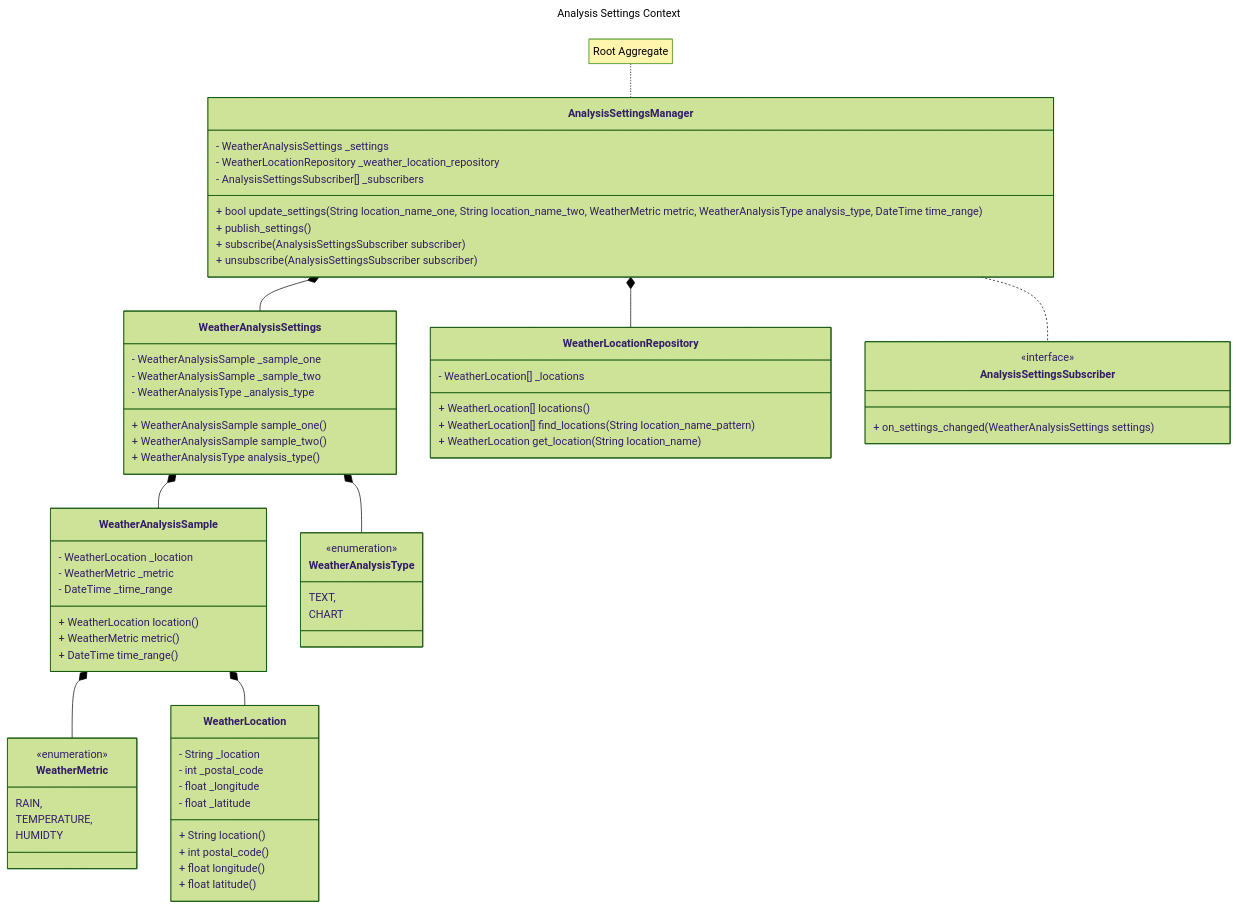
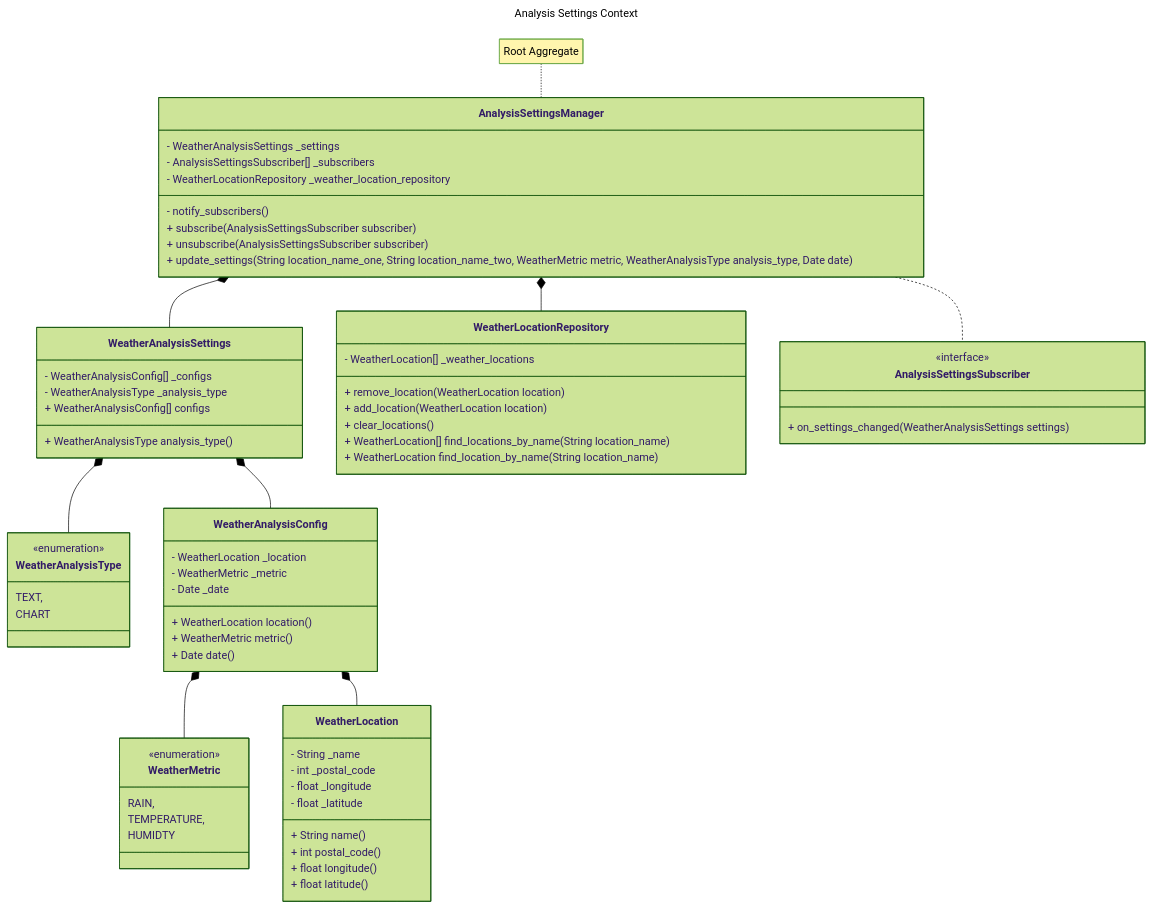
One commit to yhutter-dv/fhgr-tweather changed the first of 5 diagrams in doc/architecture.md. Above: the diagram before and after it, drawn with Mermaid (forest theme). The commit also changed other lines of this file and 5 other files, not shown here.

Commit message:
Update class diagram

````diff
--- a/doc/architecture.md
+++ b/doc/architecture.md
@@ -14,79 +14,79 @@
 ```mermaid
 ---
 title: Analysis Settings Context
 ---
 classDiagram
 
     AnalysisSettingsManager *-- WeatherAnalysisSettings
     AnalysisSettingsManager *-- WeatherLocationRepository
     AnalysisSettingsManager .. AnalysisSettingsSubscriber
-    WeatherAnalysisSettings *-- WeatherAnalysisSample
     WeatherAnalysisSettings *-- WeatherAnalysisType
-    WeatherAnalysisSample *-- WeatherMetric
-    WeatherAnalysisSample *-- WeatherLocation
+    WeatherAnalysisSettings *-- WeatherAnalysisConfig
+    WeatherAnalysisConfig *-- WeatherMetric
+    WeatherAnalysisConfig *-- WeatherLocation
 
     class AnalysisSettingsSubscriber {
         <<interface>>
         + on_settings_changed(WeatherAnalysisSettings settings)
     }
 
     class WeatherMetric {
         <<enumeration>>
         RAIN,
         TEMPERATURE,
         HUMIDTY
     }
 
     class WeatherAnalysisType {
         <<enumeration>>
         TEXT,
         CHART
     }
 
     class WeatherLocationRepository {
-        - WeatherLocation[] _locations
-        + WeatherLocation[] locations()
-        + WeatherLocation[] find_locations(String location_name_pattern)
-        + WeatherLocation get_location(String location_name)
+        - WeatherLocation[] _weather_locations
+        + remove_location(WeatherLocation location)
+        + add_location(WeatherLocation location)
+        + clear_locations()
+        + WeatherLocation[] find_locations_by_name(String location_name)
+        + WeatherLocation find_location_by_name(String location_name)
     }
 
     note for AnalysisSettingsManager "Root Aggregate"
     class AnalysisSettingsManager {
         - WeatherAnalysisSettings _settings
+        - AnalysisSettingsSubscriber[] _subscribers
         - WeatherLocationRepository _weather_location_repository
-        - AnalysisSettingsSubscriber[] _subscribers
-        + bool update_settings(String location_name_one, String location_name_two, WeatherMetric metric, WeatherAnalysisType analysis_type, DateTime time_range)
-        + publish_settings()
+        - notify_subscribers()
         + subscribe(AnalysisSettingsSubscriber subscriber)
         + unsubscribe(AnalysisSettingsSubscriber subscriber)
+        + update_settings(String location_name_one, String location_name_two, WeatherMetric metric, WeatherAnalysisType analysis_type, Date date)
     }
 
     class WeatherAnalysisSettings {
-        - WeatherAnalysisSample _sample_one
-        - WeatherAnalysisSample _sample_two
+        - WeatherAnalysisConfig[] _configs
         - WeatherAnalysisType _analysis_type
-        + WeatherAnalysisSample sample_one()
-        + WeatherAnalysisSample sample_two()
+        + WeatherAnalysisConfig[] configs
         + WeatherAnalysisType analysis_type()
     }
 
-    class WeatherAnalysisSample {
+    class WeatherAnalysisConfig {
         - WeatherLocation _location
         - WeatherMetric _metric
-        - DateTime _time_range
+        - Date _date
         + WeatherLocation location()
         + WeatherMetric metric()
-        + DateTime time_range()
+        + Date date()
     }
 
     class WeatherLocation {
-        - String _location
+        - String _name
         - int _postal_code
         - float _longitude
         - float _latitude
-        + String location()
+        + String name()
         + int postal_code()
         + float longitude()
         + float latitude()
     }
 ```
````
